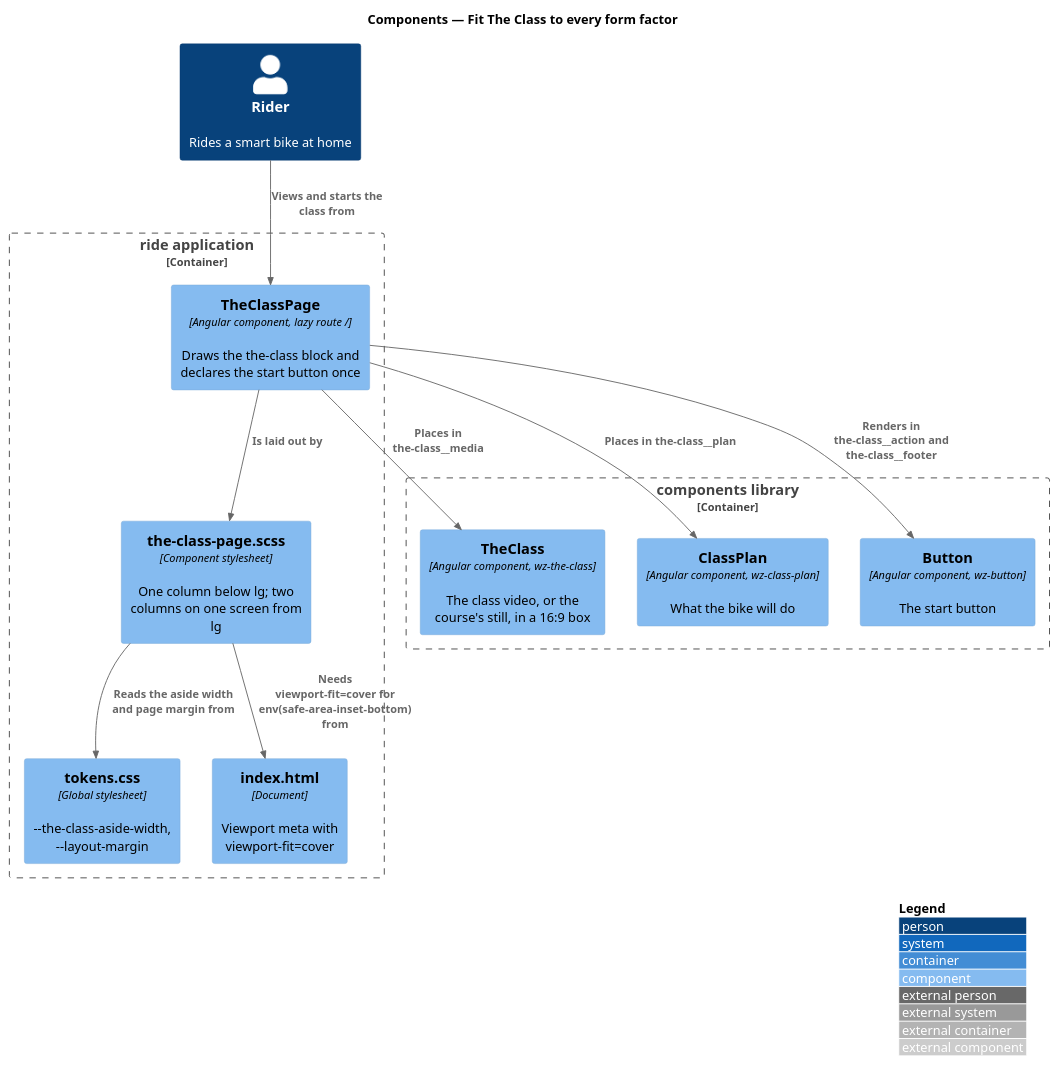
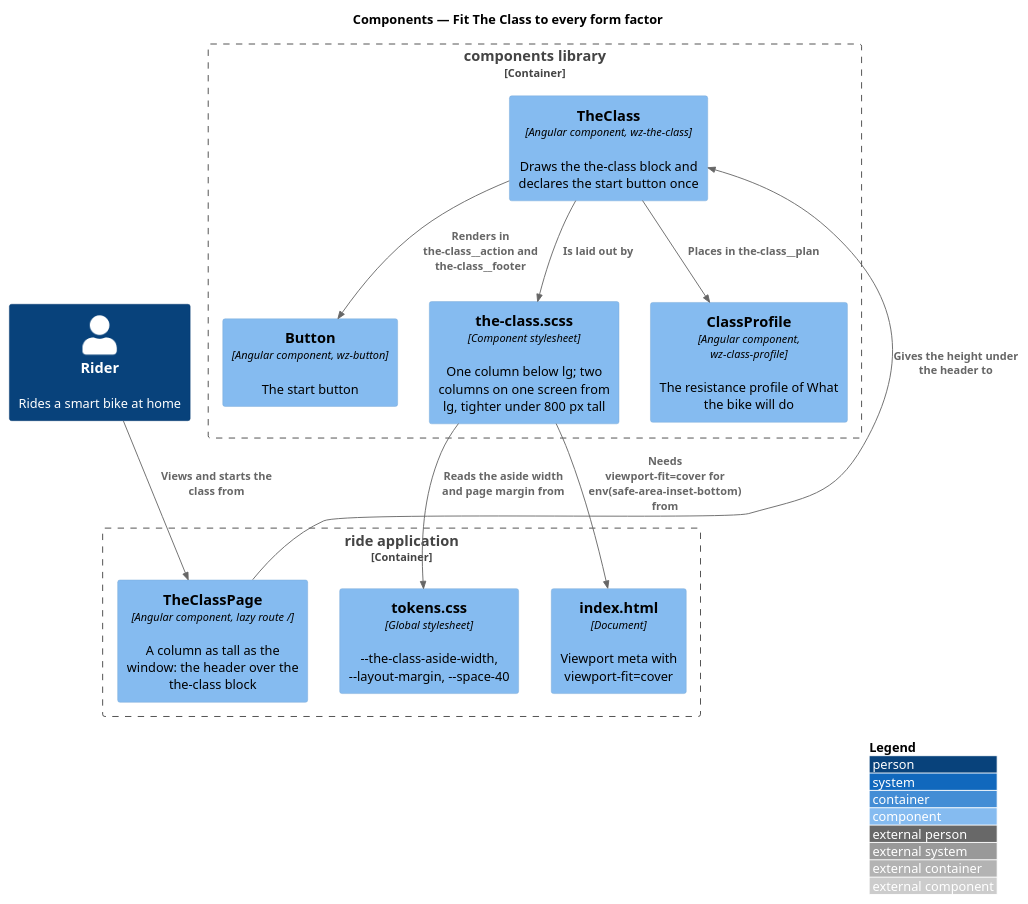
The diagram in docs/detailed-designs/ui/fit-the-class-to-every-form-factor/diagrams/c4-component.puml (QuinntyneBrown/ride-one), drawn with PlantUML before and after one commit. The commit also changed 51 other files, not shown here.

```diff
--- a/docs/detailed-designs/ui/fit-the-class-to-every-form-factor/diagrams/c4-component.puml
+++ b/docs/detailed-designs/ui/fit-the-class-to-every-form-factor/diagrams/c4-component.puml
@@ -1,25 +1,25 @@
 @startuml
 !include <C4/C4_Component>
 LAYOUT_WITH_LEGEND()
 title Components — Fit The Class to every form factor
 
 Person(rider, "Rider", "Rides a smart bike at home")
 Container_Boundary(ride, "ride application") {
-  Component(page, "TheClassPage", "Angular component, lazy route /", "Draws the the-class block and declares the start button once")
-  Component(sheet, "the-class-page.scss", "Component stylesheet", "One column below lg; two columns on one screen from lg")
-  Component(tokens, "tokens.css", "Global stylesheet", "~--the-class-aside-width, ~--layout-margin")
+  Component(page, "TheClassPage", "Angular component, lazy route /", "A column as tall as the window: the header over the the-class block")
+  Component(tokens, "tokens.css", "Global stylesheet", "~--the-class-aside-width, ~--layout-margin, ~--space-40")
   Component(index, "index.html", "Document", "Viewport meta with viewport-fit=cover")
 }
 Container_Boundary(components, "components library") {
-  Component(video, "TheClass", "Angular component, wz-the-class", "The class video, or the course's still, in a 16:9 box")
-  Component(plan, "ClassPlan", "Angular component, wz-class-plan", "What the bike will do")
+  Component(block, "TheClass", "Angular component, wz-the-class", "Draws the the-class block and declares the start button once")
+  Component(sheet, "the-class.scss", "Component stylesheet", "One column below lg; two columns on one screen from lg, tighter under 800 px tall")
+  Component(plan, "ClassProfile", "Angular component, wz-class-profile", "The resistance profile of What the bike will do")
   Component(button, "Button", "Angular component, wz-button", "The start button")
 }
 Rel(rider, page, "Views and starts the class from")
-Rel(page, sheet, "Is laid out by")
-Rel(page, video, "Places in the-class~__media")
-Rel(page, plan, "Places in the-class~__plan")
-Rel(page, button, "Renders in the-class~__action and the-class~__footer")
+Rel(page, block, "Gives the height under the header to")
+Rel(block, sheet, "Is laid out by")
+Rel(block, plan, "Places in the-class~__plan")
+Rel(block, button, "Renders in the-class~__action and the-class~__footer")
 Rel(sheet, tokens, "Reads the aside width and page margin from")
 Rel(sheet, index, "Needs viewport-fit=cover for env(safe-area-inset-bottom) from")
 @enduml
```
